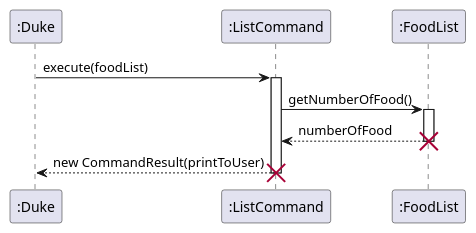
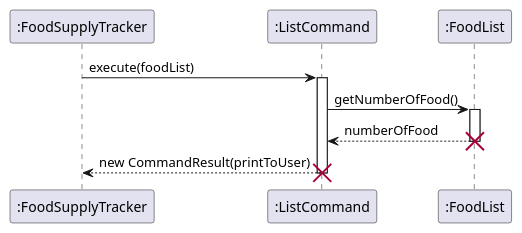
The diagram in docs/puml/ListCommandSequenceDiagram.puml (tsx0314/tp), drawn with PlantUML before and after one commit. The commit also changed 103 other files, not shown here.

```diff
--- a/docs/puml/ListCommandSequenceDiagram.puml
+++ b/docs/puml/ListCommandSequenceDiagram.puml
@@ -1,20 +1,20 @@
 @startuml
 'https://plantuml.com/sequence-diagram
 
-Participant ":Duke"
+Participant ":FoodSupplyTracker"
 Participant ":ListCommand"
 Participant ":FoodList"
 
-":Duke" -> ":ListCommand": execute(foodList)
+":FoodSupplyTracker" -> ":ListCommand": execute(foodList)
 activate ":ListCommand"
 ":ListCommand" -> ":FoodList": getNumberOfFood()
 activate ":FoodList"
 ":ListCommand" <-- ":FoodList": numberOfFood
 deactivate ":FoodList"
 destroy ":FoodList"
 
-":ListCommand" --> ":Duke": new CommandResult(printToUser)
+":ListCommand" --> ":FoodSupplyTracker": new CommandResult(printToUser)
 deactivate ":ListCommand"
 destroy ":ListCommand"
 
 @enduml
```
